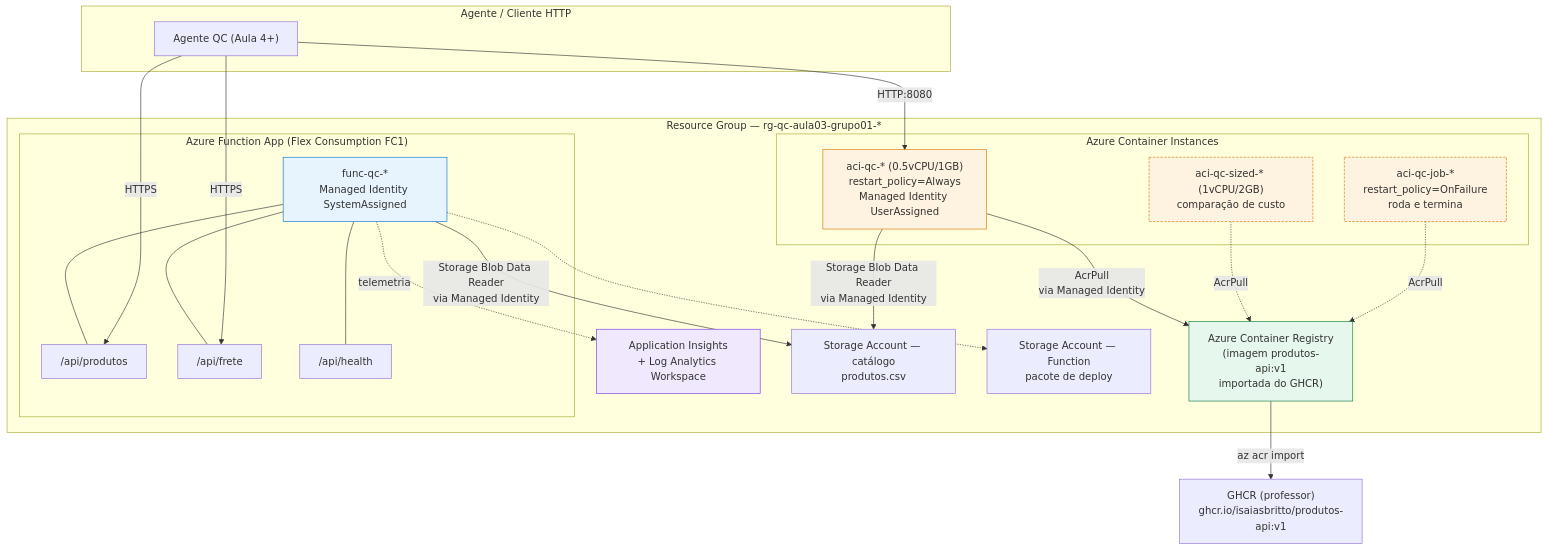
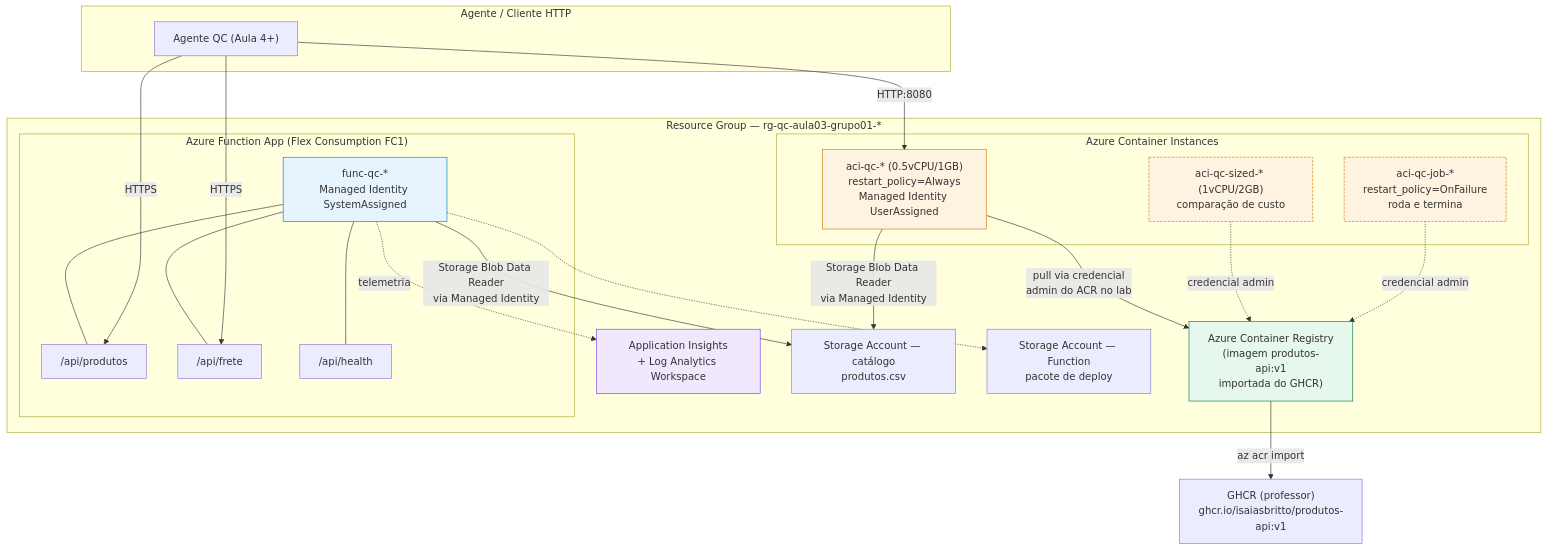
Before and after one commit to gabriel-dantas98/fiap-mba-multi-agent: the diagram in cloud-cognitive/aula03/diagramas/arquitetura-qc-aula03.mmd, drawn with Mermaid. The commit also changed 13 other files, not shown here.

```diff
--- a/cloud-cognitive/aula03/diagramas/arquitetura-qc-aula03.mmd
+++ b/cloud-cognitive/aula03/diagramas/arquitetura-qc-aula03.mmd
@@ -1,53 +1,53 @@
 flowchart TB
     subgraph Cliente["Agente / Cliente HTTP"]
         Agente["Agente QC (Aula 4+)"]
     end
 
     subgraph RG["Resource Group — rg-qc-aula03-grupo01-*"]
         subgraph FnBox["Azure Function App (Flex Consumption FC1)"]
             Fn["func-qc-*<br/>Managed Identity SystemAssigned"]
             FnProdutos["/api/produtos"]
             FnFrete["/api/frete"]
             FnHealth["/api/health"]
             Fn --- FnProdutos
             Fn --- FnFrete
             Fn --- FnHealth
         end
 
         AI["Application Insights<br/>+ Log Analytics Workspace"]
 
         subgraph ACIBox["Azure Container Instances"]
             ACI["aci-qc-* (0.5vCPU/1GB)<br/>restart_policy=Always<br/>Managed Identity UserAssigned"]
             ACISized["aci-qc-sized-* (1vCPU/2GB)<br/>comparação de custo"]
             ACIJob["aci-qc-job-*<br/>restart_policy=OnFailure<br/>roda e termina"]
         end
 
         ACR["Azure Container Registry<br/>(imagem produtos-api:v1<br/>importada do GHCR)"]
 
         StCat["Storage Account — catálogo<br/>produtos.csv"]
         StFunc["Storage Account — Function<br/>pacote de deploy"]
     end
 
     GHCR["GHCR (professor)<br/>ghcr.io/isaiasbritto/produtos-api:v1"]
 
     Agente -->|HTTPS| FnProdutos
     Agente -->|HTTPS| FnFrete
     Agente -->|HTTP:8080| ACI
 
     Fn -.->|telemetria| AI
     Fn -->|Storage Blob Data Reader<br/>via Managed Identity| StCat
     Fn -.-> StFunc
 
     ACI -->|Storage Blob Data Reader<br/>via Managed Identity| StCat
-    ACI -->|AcrPull<br/>via Managed Identity| ACR
-    ACISized -.->|AcrPull| ACR
-    ACIJob -.->|AcrPull| ACR
+    ACI -->|pull via credencial<br/>admin do ACR no lab| ACR
+    ACISized -.->|credencial admin| ACR
+    ACIJob -.->|credencial admin| ACR
 
     ACR -->|az acr import| GHCR
 
     style Fn fill:#e8f4fd,stroke:#0078d4
     style ACI fill:#fef3e0,stroke:#d97706
     style ACISized fill:#fef3e0,stroke:#d97706,stroke-dasharray: 4 2
     style ACIJob fill:#fef3e0,stroke:#d97706,stroke-dasharray: 4 2
     style AI fill:#f0e8fd,stroke:#7c3aed
     style ACR fill:#e6f7ee,stroke:#0a7a3d
```
